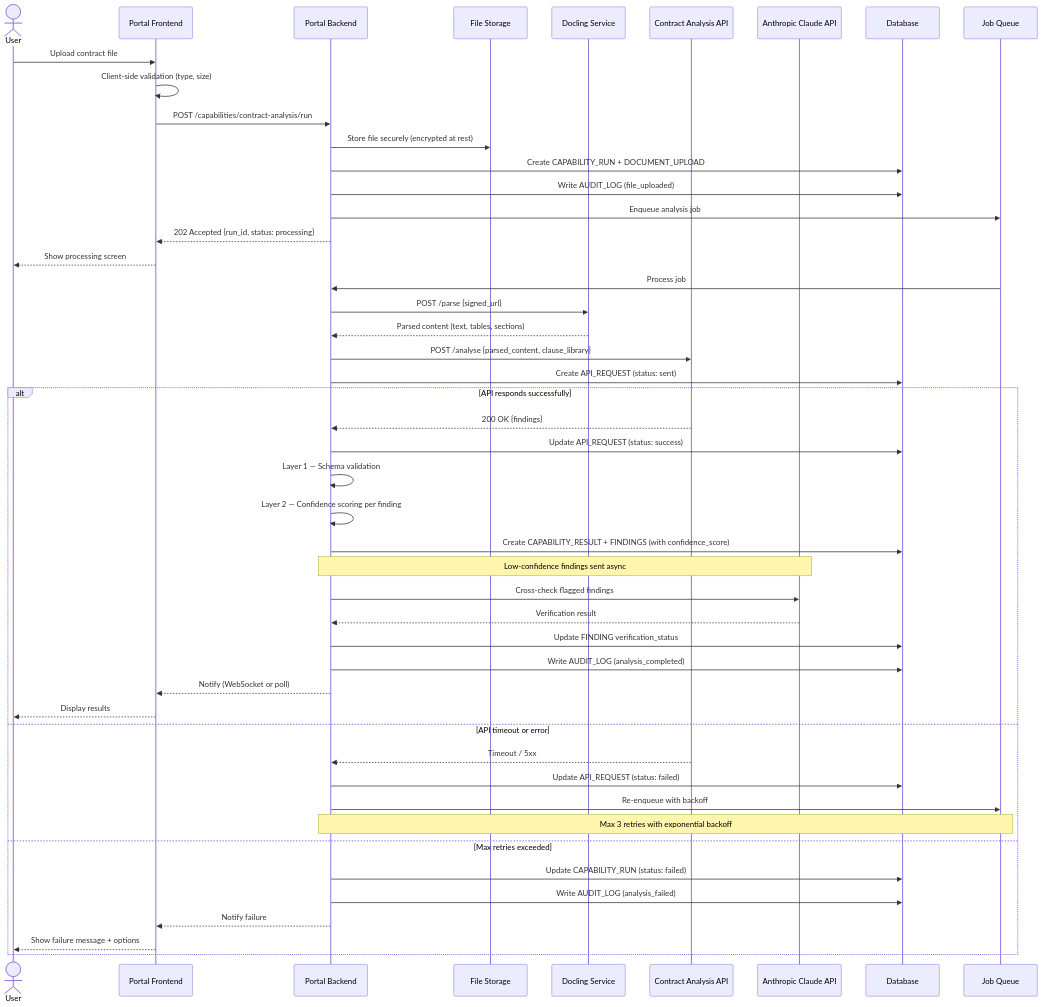
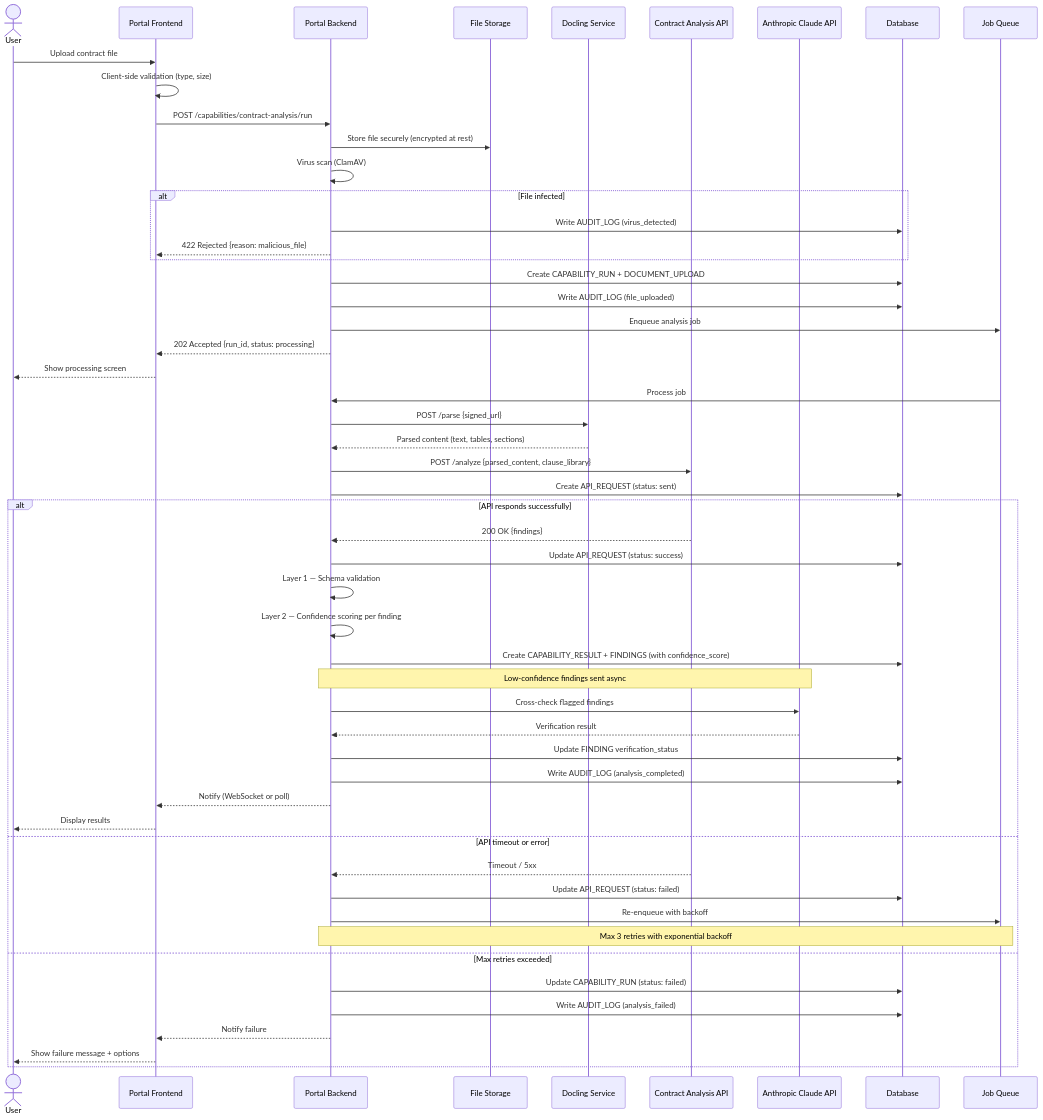
Before and after one commit to garethdaine/capability: the fourth of 4 diagrams in docs/contract-clause-analysis-capability-design.md, drawn with Mermaid. The commit also changed other lines of this file and 1 other file, not shown here.

````diff
--- a/docs/contract-clause-analysis-capability-design.md
+++ b/docs/contract-clause-analysis-capability-design.md
@@ -357,53 +358,58 @@
 ```mermaid
 sequenceDiagram
     actor User
     participant Portal as Portal Frontend
     participant API as Portal Backend
     participant Store as File Storage
     participant Docling as Docling Service
     participant ExtAPI as Contract Analysis API
     participant Claude as Anthropic Claude API
     participant DB as Database
     participant Queue as Job Queue
 
     User->>Portal: Upload contract file
     Portal->>Portal: Client-side validation (type, size)
     Portal->>API: POST /capabilities/contract-analysis/run
     API->>Store: Store file securely (encrypted at rest)
+    API->>API: Virus scan (ClamAV)
+    alt File infected
+        API->>DB: Write AUDIT_LOG (virus_detected)
+        API-->>Portal: 422 Rejected {reason: malicious_file}
+    end
     API->>DB: Create CAPABILITY_RUN + DOCUMENT_UPLOAD
     API->>DB: Write AUDIT_LOG (file_uploaded)
     API->>Queue: Enqueue analysis job
     API-->>Portal: 202 Accepted {run_id, status: processing}
     Portal-->>User: Show processing screen
 
     Queue->>API: Process job
     API->>Docling: POST /parse {signed_url}
     Docling-->>API: Parsed content (text, tables, sections)
-    API->>ExtAPI: POST /analyse {parsed_content, clause_library}
+    API->>ExtAPI: POST /analyze {parsed_content, clause_library}
     API->>DB: Create API_REQUEST (status: sent)
 
     alt API responds successfully
         ExtAPI-->>API: 200 OK {findings}
         API->>DB: Update API_REQUEST (status: success)
         API->>API: Layer 1 — Schema validation
         API->>API: Layer 2 — Confidence scoring per finding
         API->>DB: Create CAPABILITY_RESULT + FINDINGS (with confidence_score)
         Note over API,Claude: Low-confidence findings sent async
         API->>Claude: Cross-check flagged findings
         Claude-->>API: Verification result
         API->>DB: Update FINDING verification_status
         API->>DB: Write AUDIT_LOG (analysis_completed)
         API-->>Portal: Notify (WebSocket or poll)
         Portal-->>User: Display results
     else API timeout or error
         ExtAPI-->>API: Timeout / 5xx
         API->>DB: Update API_REQUEST (status: failed)
         API->>Queue: Re-enqueue with backoff
         Note over Queue,API: Max 3 retries with exponential backoff
     else Max retries exceeded
         API->>DB: Update CAPABILITY_RUN (status: failed)
         API->>DB: Write AUDIT_LOG (analysis_failed)
         API-->>Portal: Notify failure
         Portal-->>User: Show failure message + options
     end
 ```
````
